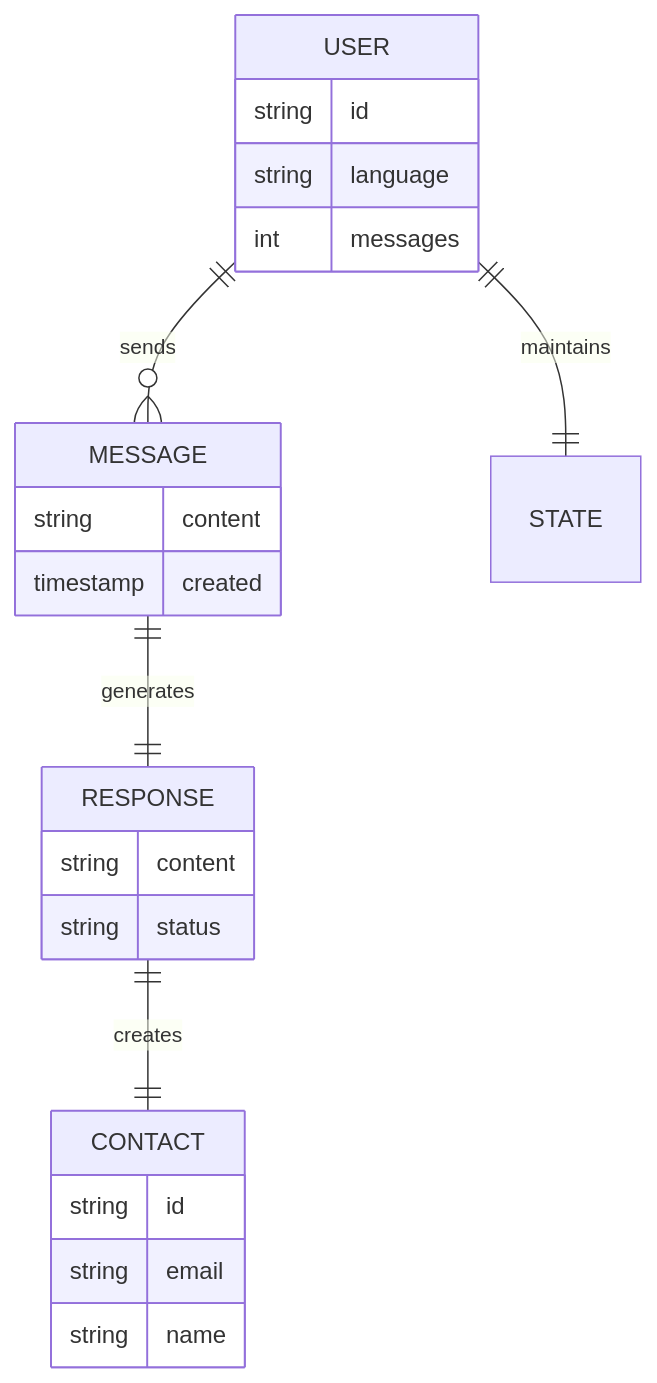
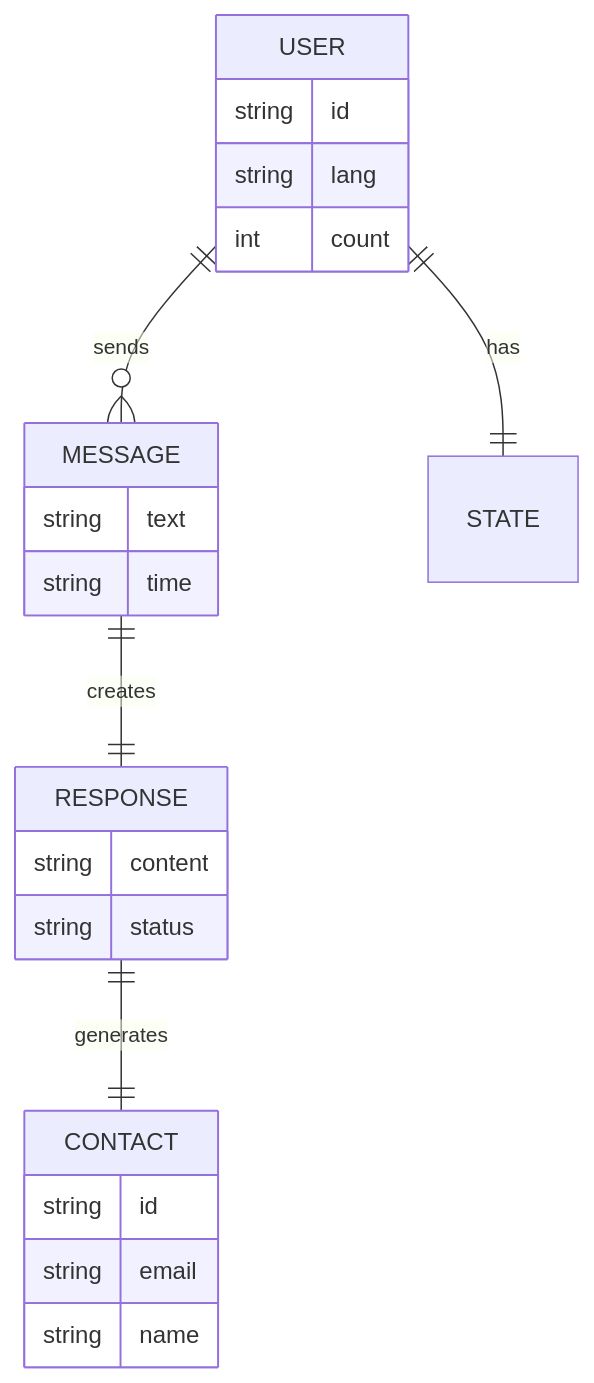
One commit to shao3d/Ukido_DynContInj changed the fifth of 5 diagrams in README.md. Above: the diagram before and after it, drawn with Mermaid. The commit also changed other lines of this file, not shown here.

First line of the commit message:
fix: Максимальное упрощение Mermaid диаграмм для GitHub

````diff
--- a/README.md
+++ b/README.md
@@ -263,29 +222,29 @@
 ```mermaid
 erDiagram
     USER ||--o{ MESSAGE : sends
-    USER ||--|| STATE : maintains
-    MESSAGE ||--|| RESPONSE : generates
-    RESPONSE ||--|| CONTACT : creates
+    USER ||--|| STATE : has
+    MESSAGE ||--|| RESPONSE : creates
+    RESPONSE ||--|| CONTACT : generates
 
     USER {
         string id
-        string language
-        int messages
+        string lang
+        int count
     }
 
     MESSAGE {
-        string content
-        timestamp created
+        string text
+        string time
     }
 
     RESPONSE {
         string content
         string status
     }
 
     CONTACT {
         string id
         string email
         string name
     }
 ```
````
